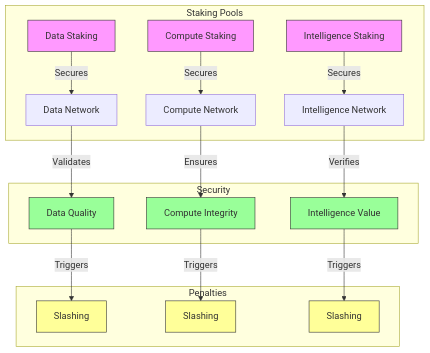
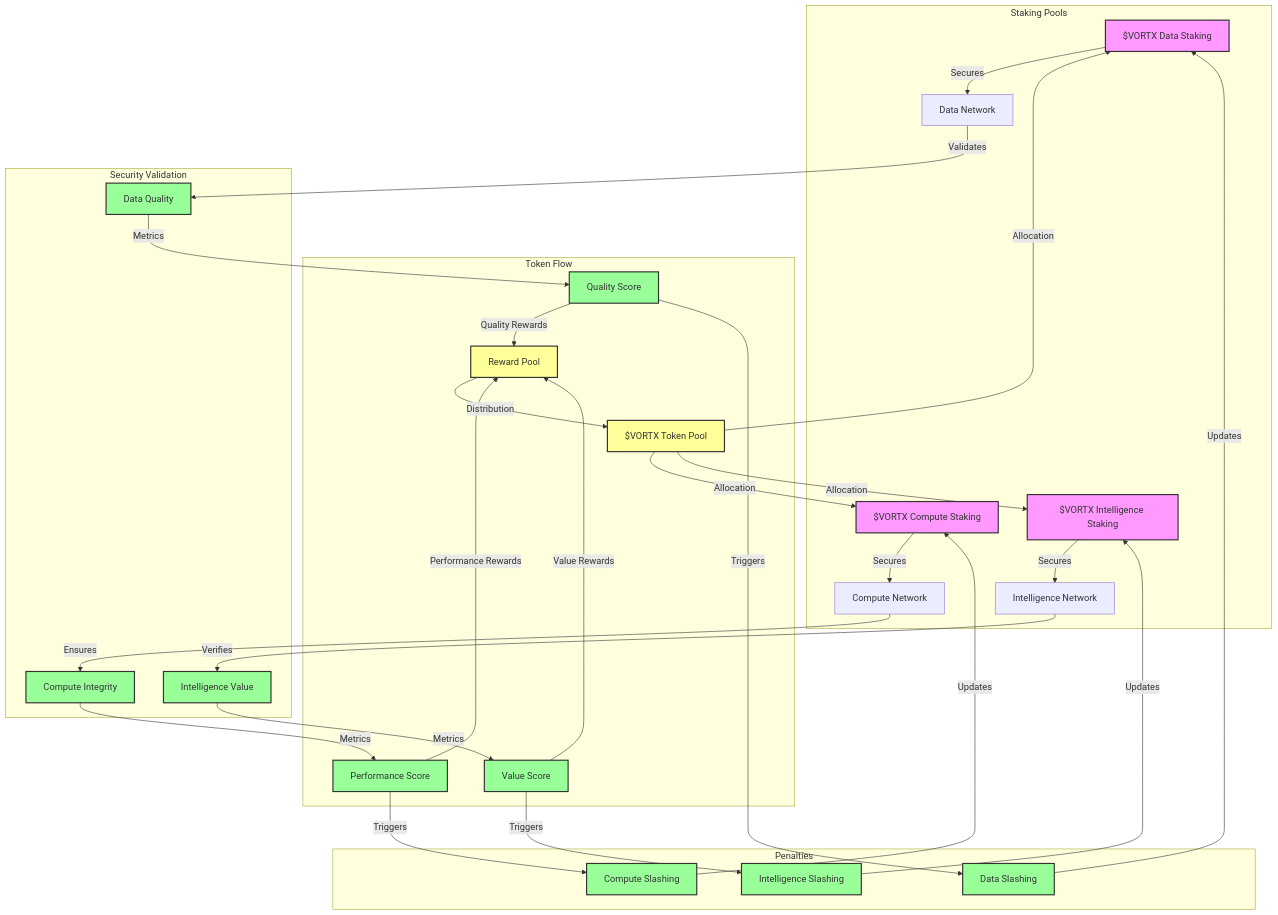
Before and after one commit to Vortx-AI/synthetic-satellite: the fourth of 4 diagrams in docs/whitepapers/token-economics.md, drawn with Mermaid. The commit also changed other lines of this file and 2 other files, not shown here.

````diff
--- a/docs/whitepapers/token-economics.md
+++ b/docs/whitepapers/token-economics.md
@@ -277,28 +302,50 @@
 ```mermaid
 graph TD
     subgraph Staking Pools
-        S1[Data Staking] -->|Secures| D[Data Network]
-        S2[Compute Staking] -->|Secures| C[Compute Network]
-        S3[Intelligence Staking] -->|Secures| I[Intelligence Network]
+        S1[$VORTX Data Staking] -->|Secures| D[Data Network]
+        S2[$VORTX Compute Staking] -->|Secures| C[Compute Network]
+        S3[$VORTX Intelligence Staking] -->|Secures| I[Intelligence Network]
     end
     
-    subgraph Security
+    subgraph Token Flow
+        T1[$VORTX Token Pool] -->|Allocation| S1
+        T1 -->|Allocation| S2
+        T1 -->|Allocation| S3
+        
+        M1 -->|Quality Rewards| T2[Reward Pool]
+        M2 -->|Performance Rewards| T2
+        M3 -->|Value Rewards| T2
+        
+        T2 -->|Distribution| T1
+    end
+    
+    subgraph Security Validation
         D -->|Validates| V1[Data Quality]
         C -->|Ensures| V2[Compute Integrity]
         I -->|Verifies| V3[Intelligence Value]
+        
+        V1 -->|Metrics| M1[Quality Score]
+        V2 -->|Metrics| M2[Performance Score]
+        V3 -->|Metrics| M3[Value Score]
     end
     
     subgraph Penalties
-        V1 -->|Triggers| P1[Slashing]
-        V2 -->|Triggers| P2[Slashing]
-        V3 -->|Triggers| P3[Slashing]
+        M1 -->|Triggers| P1[Data Slashing]
+        M2 -->|Triggers| P2[Compute Slashing]
+        M3 -->|Triggers| P3[Intelligence Slashing]
+        
+        P1 -->|Updates| S1
+        P2 -->|Updates| S2
+        P3 -->|Updates| S3
     end
     
-    classDef staking fill:#f9f,stroke:#333
-    classDef validation fill:#9f9,stroke:#333
-    classDef penalty fill:#ff9,stroke:#333
+    classDef staking fill:#f9f,stroke:#333,stroke-width:2px
+    classDef token fill:#ff9,stroke:#333,stroke-width:2px
+    classDef validation fill:#9f9,stroke:#333,stroke-width:2px
+    classDef penalty fill:#9f9,stroke:#333,stroke-width:2px
     
     class S1,S2,S3 staking
-    class V1,V2,V3 validation
+    class T1,T2 token
+    class V1,V2,V3,M1,M2,M3 validation
     class P1,P2,P3 penalty
 ```
````
